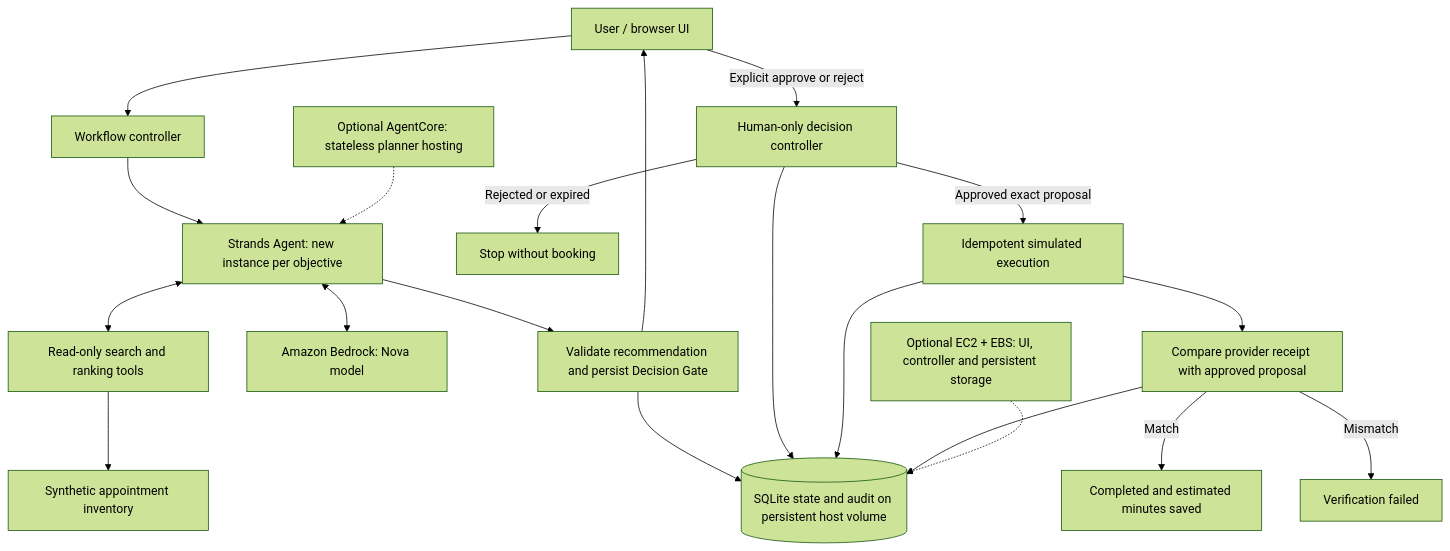
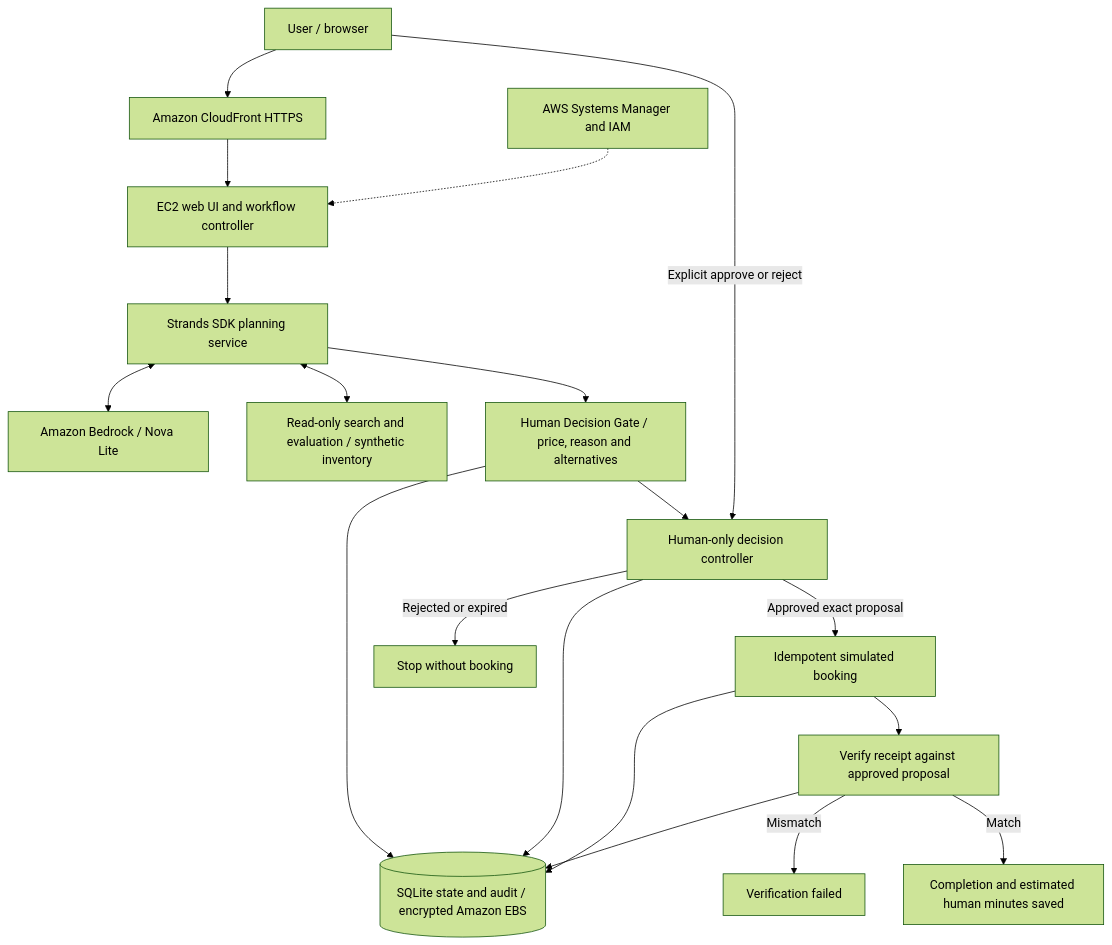
The diagram in architecture/architecture.mmd (babifarah9/decisionpilot-ai), drawn with Mermaid (forest theme) before and after one commit. The commit also changed 3 other files, not shown here.

Commit message:
Make architecture submission-ready with public-facing component labels

```diff
--- a/architecture/architecture.mmd
+++ b/architecture/architecture.mmd
@@ -1,20 +1,19 @@
 flowchart TD
-  userUi["User / browser UI"] --> controller["Workflow controller"]
-  controller --> planner["Strands Agent: new instance per objective"]
-  planner <--> tools["Read-only search and ranking tools"]
-  planner <--> bedrock["Amazon Bedrock: Nova model"]
-  tools --> inventory["Synthetic appointment inventory"]
-  planner --> gate["Validate recommendation and persist Decision Gate"]
-  gate --> userUi
-  userUi -->|"Explicit approve or reject"| human["Human-only decision controller"]
-  human -->|"Rejected or expired"| stopped["Stop without booking"]
-  human -->|"Approved exact proposal"| execute["Idempotent simulated execution"]
-  execute --> verify["Compare provider receipt with approved proposal"]
-  verify -->|"Match"| completed["Completed and estimated minutes saved"]
+  ui["User / browser"] --> cdn["Amazon CloudFront HTTPS"]
+  cdn --> controller["EC2 web UI and workflow controller"]
+  controller --> planner["Strands SDK planning service"]
+  planner <--> bedrock["Amazon Bedrock / Nova Lite"]
+  planner <--> tools["Read-only search and evaluation / synthetic inventory"]
+  planner --> gate["Human Decision Gate / price, reason and alternatives"]
+  gate --> decision["Human-only decision controller"]
+  ui -->|"Explicit approve or reject"| decision
+  decision -->|"Approved exact proposal"| execute["Idempotent simulated booking"]
+  decision -->|"Rejected or expired"| stop["Stop without booking"]
+  execute --> verify["Verify receipt against approved proposal"]
+  verify -->|"Match"| completed["Completion and estimated human minutes saved"]
   verify -->|"Mismatch"| failed["Verification failed"]
-  gate --> storage[("SQLite state and audit on persistent host volume")]
-  human --> storage
+  gate --> storage[("SQLite state and audit / encrypted Amazon EBS")]
+  decision --> storage
   execute --> storage
   verify --> storage
-  agentcore["Optional AgentCore: stateless planner hosting"] -.-> planner
-  ec2["Optional EC2 + EBS: UI, controller and persistent storage"] -.-> storage
+  management["AWS Systems Manager and IAM"] -.-> controller
```
